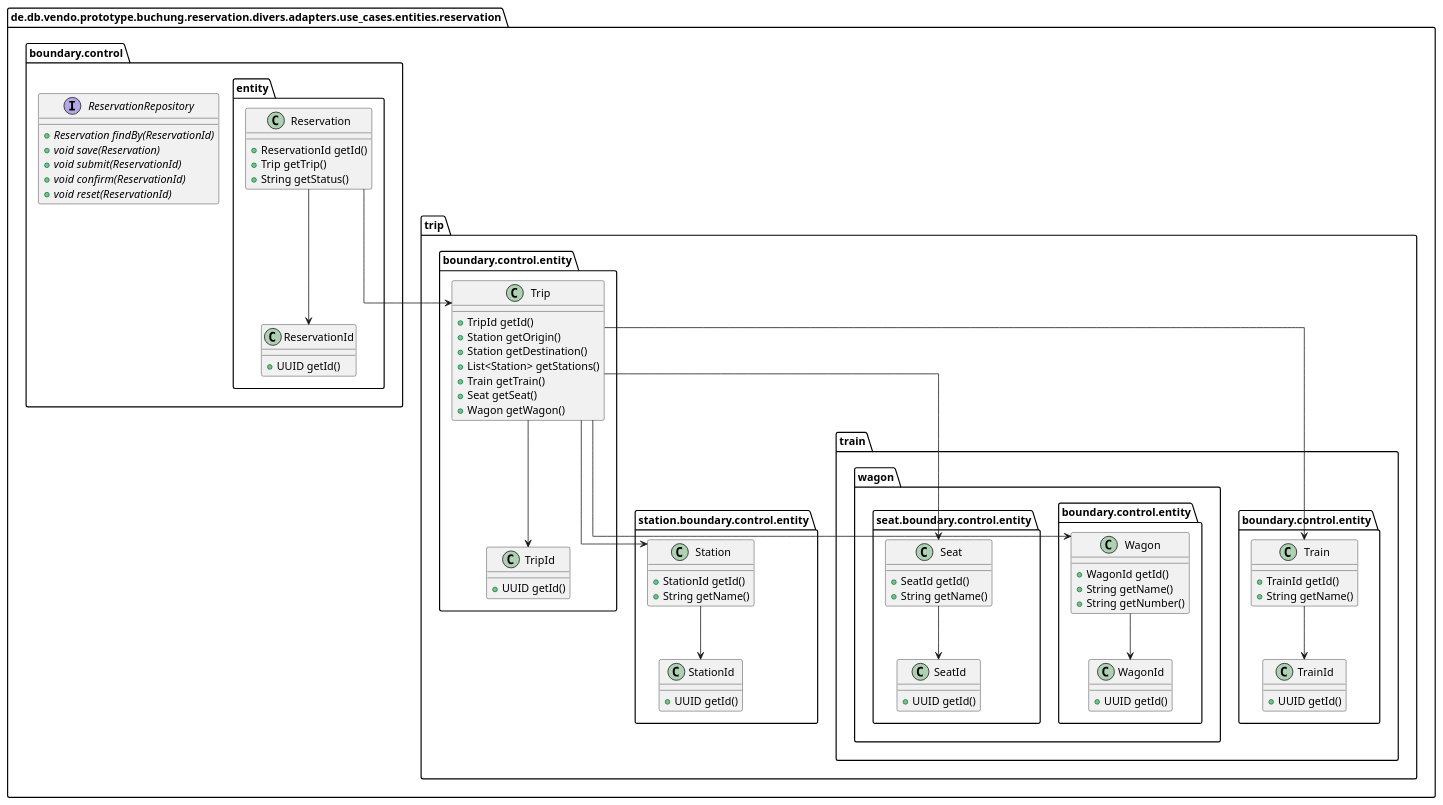
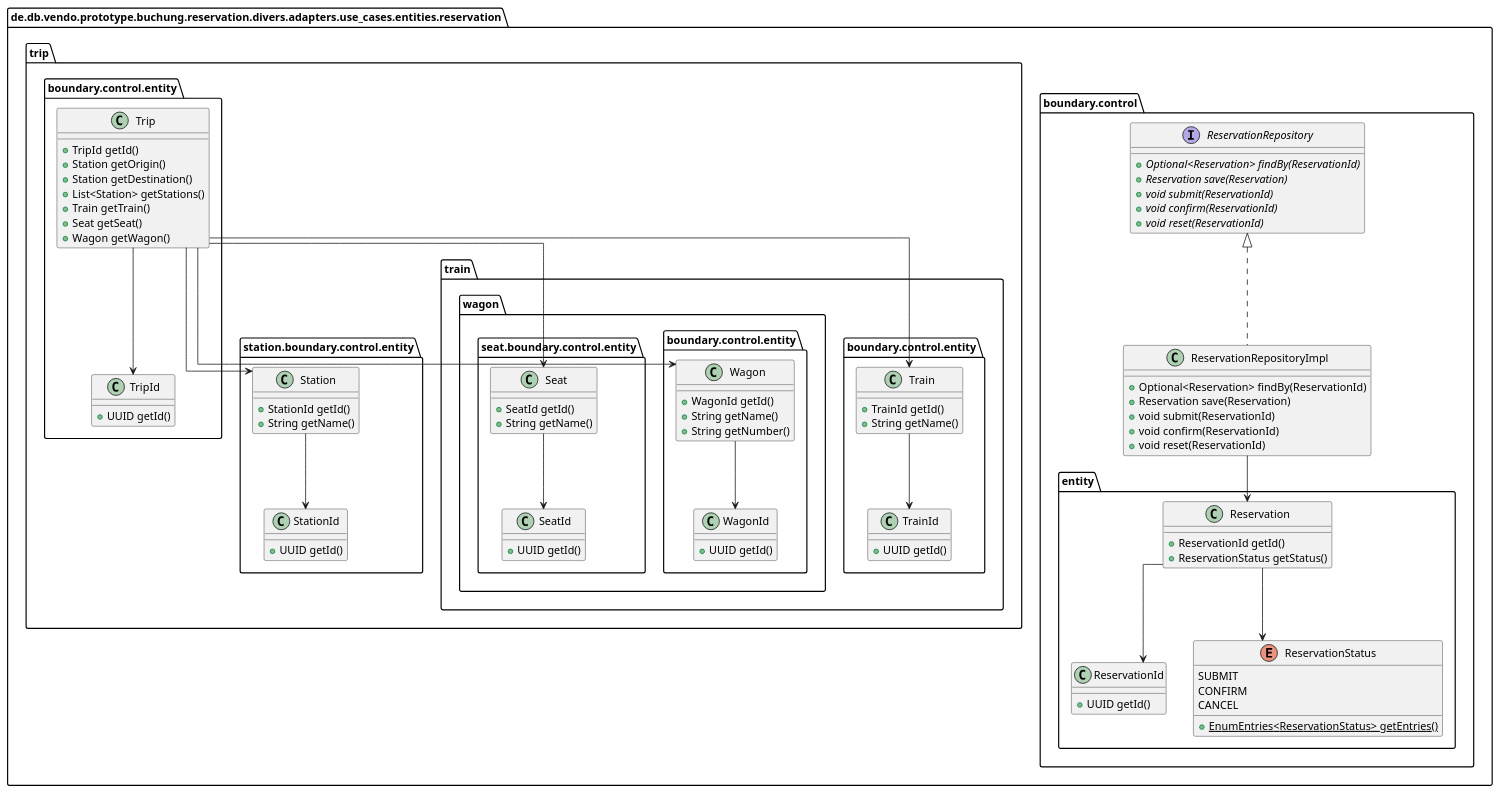
One commit to punkratz312/reservation-proto changed the diagram in doc/uml/puml/er-model.puml. Above: the diagram before and after it, drawn with PlantUML. The commit also changed 20 other files, not shown here.

```diff
--- a/doc/uml/puml/er-model.puml
+++ b/doc/uml/puml/er-model.puml
@@ -1,73 +1,88 @@
 @startuml
 !pragma useIntermediatePackages false
 skinparam linetype ortho
 show stereotype
 
 interface "ReservationRepository" as de.db.vendo.prototype.buchung.reservation.divers.adapters.use_cases.entities.reservation.boundary.control.ReservationRepository {
-  + {abstract}Reservation findBy(ReservationId)
-  + {abstract}void save(Reservation)
+  + {abstract}Optional<Reservation> findBy(ReservationId)
+  + {abstract}Reservation save(Reservation)
   + {abstract}void submit(ReservationId)
   + {abstract}void confirm(ReservationId)
   + {abstract}void reset(ReservationId)
 }
+class "ReservationRepositoryImpl" as de.db.vendo.prototype.buchung.reservation.divers.adapters.use_cases.entities.reservation.boundary.control.ReservationRepositoryImpl {
+  +Optional<Reservation> findBy(ReservationId)
+  +Reservation save(Reservation)
+  +void submit(ReservationId)
+  +void confirm(ReservationId)
+  +void reset(ReservationId)
+}
 class "Reservation" as de.db.vendo.prototype.buchung.reservation.divers.adapters.use_cases.entities.reservation.boundary.control.entity.Reservation {
   +ReservationId getId()
-  +Trip getTrip()
-  +String getStatus()
+  +ReservationStatus getStatus()
 }
 class "ReservationId" as de.db.vendo.prototype.buchung.reservation.divers.adapters.use_cases.entities.reservation.boundary.control.entity.ReservationId {
   +UUID getId()
+}
+enum "ReservationStatus" as de.db.vendo.prototype.buchung.reservation.divers.adapters.use_cases.entities.reservation.boundary.control.entity.ReservationStatus {
+  SUBMIT
+  CONFIRM
+  CANCEL
+  __
+  + {static}EnumEntries<ReservationStatus> getEntries()
 }
 class "Trip" as de.db.vendo.prototype.buchung.reservation.divers.adapters.use_cases.entities.reservation.trip.boundary.control.entity.Trip {
   +TripId getId()
   +Station getOrigin()
   +Station getDestination()
   +List<Station> getStations()
   +Train getTrain()
   +Seat getSeat()
   +Wagon getWagon()
 }
 class "TripId" as de.db.vendo.prototype.buchung.reservation.divers.adapters.use_cases.entities.reservation.trip.boundary.control.entity.TripId {
   +UUID getId()
 }
 class "Station" as de.db.vendo.prototype.buchung.reservation.divers.adapters.use_cases.entities.reservation.trip.station.boundary.control.entity.Station {
   +StationId getId()
   +String getName()
 }
 class "StationId" as de.db.vendo.prototype.buchung.reservation.divers.adapters.use_cases.entities.reservation.trip.station.boundary.control.entity.StationId {
   +UUID getId()
 }
 class "Train" as de.db.vendo.prototype.buchung.reservation.divers.adapters.use_cases.entities.reservation.trip.train.boundary.control.entity.Train {
   +TrainId getId()
   +String getName()
 }
 class "TrainId" as de.db.vendo.prototype.buchung.reservation.divers.adapters.use_cases.entities.reservation.trip.train.boundary.control.entity.TrainId {
   +UUID getId()
 }
 class "Wagon" as de.db.vendo.prototype.buchung.reservation.divers.adapters.use_cases.entities.reservation.trip.train.wagon.boundary.control.entity.Wagon {
   +WagonId getId()
   +String getName()
   +String getNumber()
 }
 class "WagonId" as de.db.vendo.prototype.buchung.reservation.divers.adapters.use_cases.entities.reservation.trip.train.wagon.boundary.control.entity.WagonId {
   +UUID getId()
 }
 class "Seat" as de.db.vendo.prototype.buchung.reservation.divers.adapters.use_cases.entities.reservation.trip.train.wagon.seat.boundary.control.entity.Seat {
   +SeatId getId()
   +String getName()
 }
 class "SeatId" as de.db.vendo.prototype.buchung.reservation.divers.adapters.use_cases.entities.reservation.trip.train.wagon.seat.boundary.control.entity.SeatId {
   +UUID getId()
 }
-de.db.vendo.prototype.buchung.reservation.divers.adapters.use_cases.entities.reservation.boundary.control.entity.Reservation --> de.db.vendo.prototype.buchung.reservation.divers.adapters.use_cases.entities.reservation.trip.boundary.control.entity.Trip
+de.db.vendo.prototype.buchung.reservation.divers.adapters.use_cases.entities.reservation.boundary.control.ReservationRepositoryImpl .u.|> de.db.vendo.prototype.buchung.reservation.divers.adapters.use_cases.entities.reservation.boundary.control.ReservationRepository
+de.db.vendo.prototype.buchung.reservation.divers.adapters.use_cases.entities.reservation.boundary.control.ReservationRepositoryImpl --> de.db.vendo.prototype.buchung.reservation.divers.adapters.use_cases.entities.reservation.boundary.control.entity.Reservation
 de.db.vendo.prototype.buchung.reservation.divers.adapters.use_cases.entities.reservation.boundary.control.entity.Reservation --> de.db.vendo.prototype.buchung.reservation.divers.adapters.use_cases.entities.reservation.boundary.control.entity.ReservationId
+de.db.vendo.prototype.buchung.reservation.divers.adapters.use_cases.entities.reservation.boundary.control.entity.Reservation --> de.db.vendo.prototype.buchung.reservation.divers.adapters.use_cases.entities.reservation.boundary.control.entity.ReservationStatus
 de.db.vendo.prototype.buchung.reservation.divers.adapters.use_cases.entities.reservation.trip.boundary.control.entity.Trip --> de.db.vendo.prototype.buchung.reservation.divers.adapters.use_cases.entities.reservation.trip.boundary.control.entity.TripId
 de.db.vendo.prototype.buchung.reservation.divers.adapters.use_cases.entities.reservation.trip.boundary.control.entity.Trip --> de.db.vendo.prototype.buchung.reservation.divers.adapters.use_cases.entities.reservation.trip.station.boundary.control.entity.Station
 de.db.vendo.prototype.buchung.reservation.divers.adapters.use_cases.entities.reservation.trip.boundary.control.entity.Trip --> de.db.vendo.prototype.buchung.reservation.divers.adapters.use_cases.entities.reservation.trip.train.wagon.seat.boundary.control.entity.Seat
 de.db.vendo.prototype.buchung.reservation.divers.adapters.use_cases.entities.reservation.trip.boundary.control.entity.Trip --> de.db.vendo.prototype.buchung.reservation.divers.adapters.use_cases.entities.reservation.trip.train.boundary.control.entity.Train
 de.db.vendo.prototype.buchung.reservation.divers.adapters.use_cases.entities.reservation.trip.boundary.control.entity.Trip --> de.db.vendo.prototype.buchung.reservation.divers.adapters.use_cases.entities.reservation.trip.train.wagon.boundary.control.entity.Wagon
 de.db.vendo.prototype.buchung.reservation.divers.adapters.use_cases.entities.reservation.trip.station.boundary.control.entity.Station --> de.db.vendo.prototype.buchung.reservation.divers.adapters.use_cases.entities.reservation.trip.station.boundary.control.entity.StationId
 de.db.vendo.prototype.buchung.reservation.divers.adapters.use_cases.entities.reservation.trip.train.boundary.control.entity.Train --> de.db.vendo.prototype.buchung.reservation.divers.adapters.use_cases.entities.reservation.trip.train.boundary.control.entity.TrainId
 de.db.vendo.prototype.buchung.reservation.divers.adapters.use_cases.entities.reservation.trip.train.wagon.boundary.control.entity.Wagon --> de.db.vendo.prototype.buchung.reservation.divers.adapters.use_cases.entities.reservation.trip.train.wagon.boundary.control.entity.WagonId
 de.db.vendo.prototype.buchung.reservation.divers.adapters.use_cases.entities.reservation.trip.train.wagon.seat.boundary.control.entity.Seat --> de.db.vendo.prototype.buchung.reservation.divers.adapters.use_cases.entities.reservation.trip.train.wagon.seat.boundary.control.entity.SeatId
 @enduml
```
